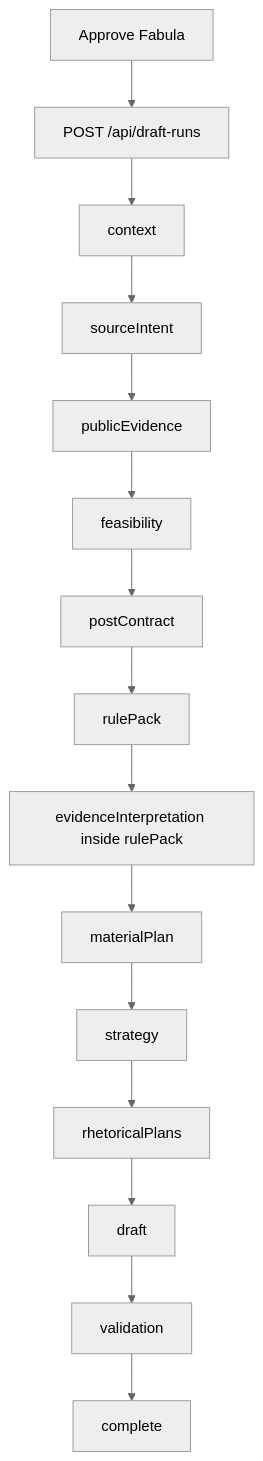
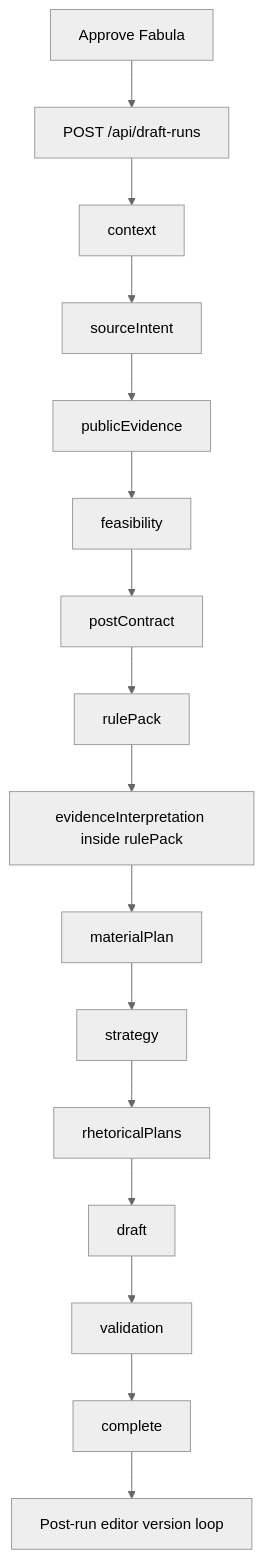
One commit to mudrezzz/glavred changed the second of 4 diagrams in docs/architecture/DRAFT_RUN_PIPELINE_AS_IS.md. Above: the diagram before and after it, drawn with Mermaid (neutral theme). The commit also changed other lines of this file and 35 other files, not shown here.

````diff
--- a/docs/architecture/DRAFT_RUN_PIPELINE_AS_IS.md
+++ b/docs/architecture/DRAFT_RUN_PIPELINE_AS_IS.md
@@ -67,17 +74,18 @@
 ```mermaid
 flowchart TD
   A[Approve Fabula] --> B[POST /api/draft-runs]
   B --> C[context]
   C --> D[sourceIntent]
   D --> E[publicEvidence]
   E --> F[feasibility]
   F --> G[postContract]
   G --> H[rulePack]
   H --> H2[evidenceInterpretation inside rulePack]
   H2 --> I[materialPlan]
   I --> J[strategy]
   J --> K[rhetoricalPlans]
   K --> L[draft]
   L --> M[validation]
   M --> N[complete]
+  N --> O[Post-run editor version loop]
 ```
````
